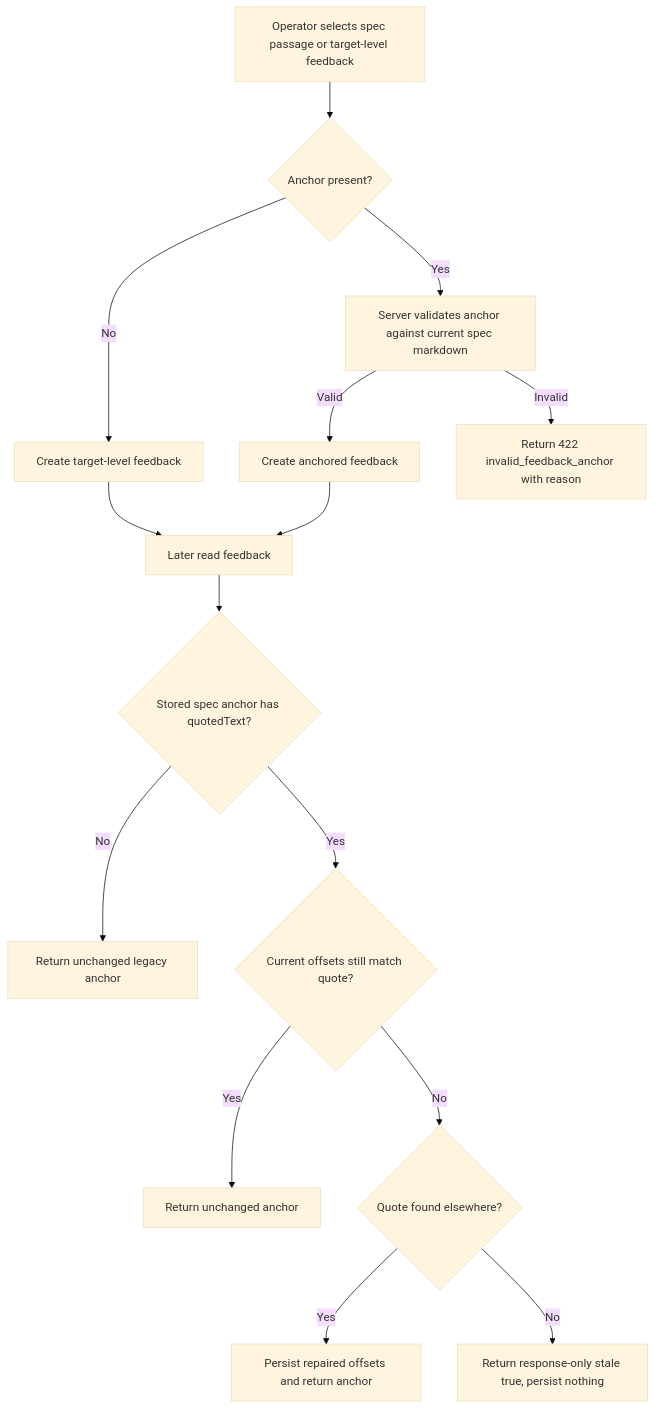
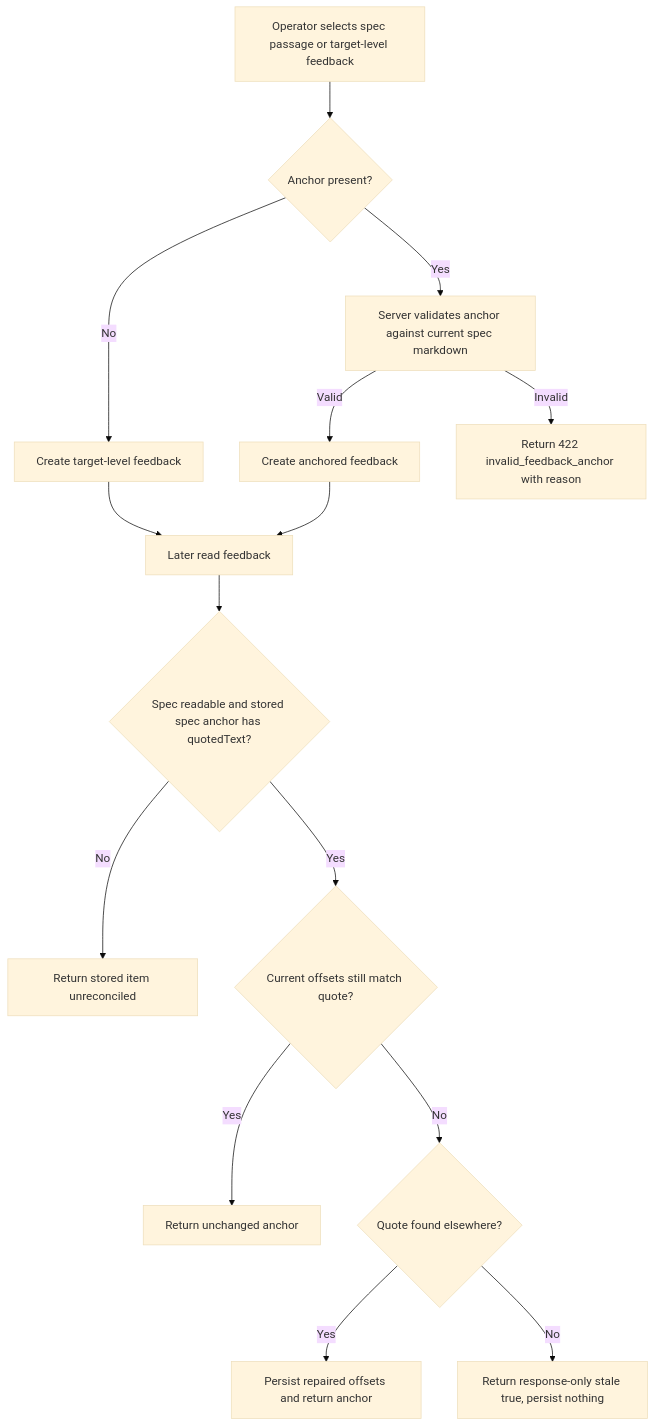
One commit to markdstafford/autocatalyst changed the first of 5 diagrams in context-human/specs/enhancement-spec-feedback-anchors-request-changes-resolve-reopen.md. Above: the diagram before and after it, drawn with Mermaid (base theme). The commit also changed other lines of this file, not shown here.

Commit message:
docs: revise enhancement spec spec-feedback-anchors-request-changes-resolve-reopen

````diff
--- a/context-human/specs/enhancement-spec-feedback-anchors-request-changes-resolve-reopen.md
+++ b/context-human/specs/enhancement-spec-feedback-anchors-request-changes-resolve-reopen.md
@@ -37,17 +37,17 @@
 ```mermaid
 flowchart TD
     A[Operator selects spec passage or target-level feedback] --> B{Anchor present?}
     B -- No --> C[Create target-level feedback]
     B -- Yes --> D[Server validates anchor against current spec markdown]
     D -- Valid --> E[Create anchored feedback]
     D -- Invalid --> F[Return 422 invalid_feedback_anchor with reason]
     E --> G[Later read feedback]
     C --> G
-    G --> H{Stored spec anchor has quotedText?}
-    H -- No --> I[Return unchanged legacy anchor]
+    G --> H{Spec readable and stored spec anchor has quotedText?}
+    H -- No --> I[Return stored item unreconciled]
     H -- Yes --> J{Current offsets still match quote?}
     J -- Yes --> K[Return unchanged anchor]
     J -- No --> L{Quote found elsewhere?}
     L -- Yes --> M[Persist repaired offsets and return anchor]
     L -- No --> N[Return response-only stale true, persist nothing]
 ```
````
